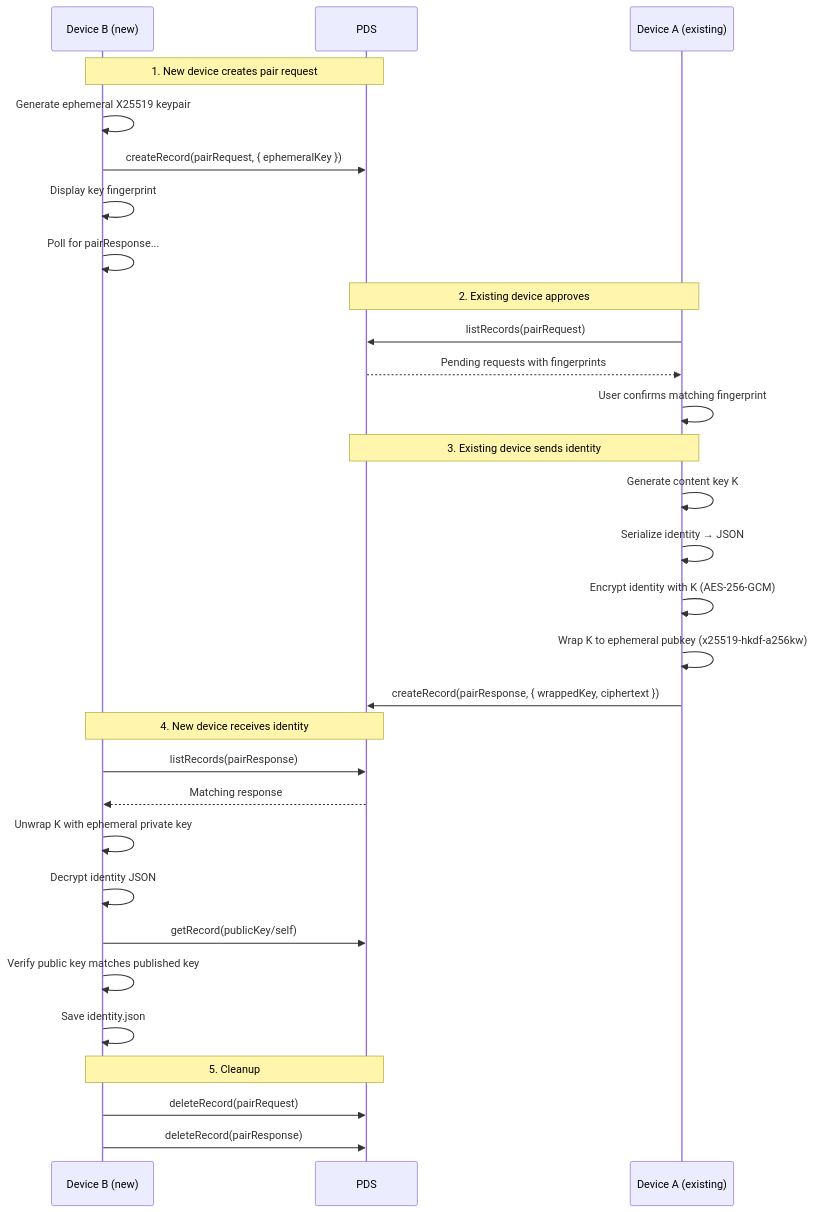
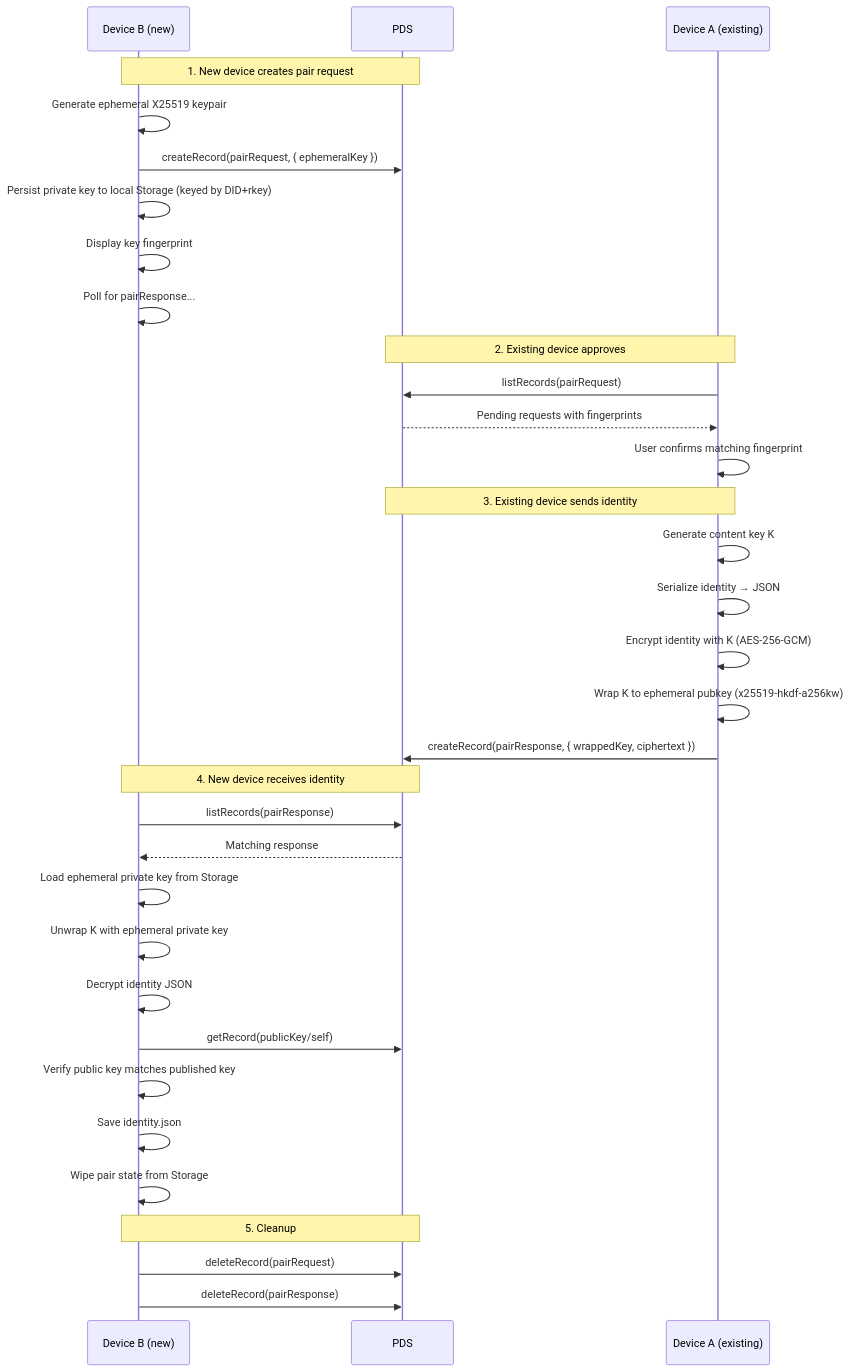
One commit to Sans-Self/Opake changed the fifth of 5 diagrams in lexicons/README.md. Above: the diagram before and after it, drawn with Mermaid. The commit also changed other lines of this file and 14 other files, not shown here.

````diff
--- a/lexicons/README.md
+++ b/lexicons/README.md
@@ -155,37 +154,40 @@
 ```mermaid
 sequenceDiagram
     participant DevB as Device B (new)
     participant PDS
     participant DevA as Device A (existing)
 
     Note over DevB,PDS: 1. New device creates pair request
     DevB->>DevB: Generate ephemeral X25519 keypair
     DevB->>PDS: createRecord(pairRequest, { ephemeralKey })
+    DevB->>DevB: Persist private key to local Storage (keyed by DID+rkey)
     DevB->>DevB: Display key fingerprint
     DevB->>DevB: Poll for pairResponse...
 
     Note over DevA,PDS: 2. Existing device approves
     DevA->>PDS: listRecords(pairRequest)
     PDS-->>DevA: Pending requests with fingerprints
     DevA->>DevA: User confirms matching fingerprint
 
     Note over DevA,PDS: 3. Existing device sends identity
     DevA->>DevA: Generate content key K
     DevA->>DevA: Serialize identity → JSON
     DevA->>DevA: Encrypt identity with K (AES-256-GCM)
     DevA->>DevA: Wrap K to ephemeral pubkey (x25519-hkdf-a256kw)
     DevA->>PDS: createRecord(pairResponse, { wrappedKey, ciphertext })
 
     Note over DevB,PDS: 4. New device receives identity
     DevB->>PDS: listRecords(pairResponse)
     PDS-->>DevB: Matching response
+    DevB->>DevB: Load ephemeral private key from Storage
     DevB->>DevB: Unwrap K with ephemeral private key
     DevB->>DevB: Decrypt identity JSON
     DevB->>PDS: getRecord(publicKey/self)
     DevB->>DevB: Verify public key matches published key
     DevB->>DevB: Save identity.json
+    DevB->>DevB: Wipe pair state from Storage
 
     Note over DevB,PDS: 5. Cleanup
     DevB->>PDS: deleteRecord(pairRequest)
     DevB->>PDS: deleteRecord(pairResponse)
 ```
````
